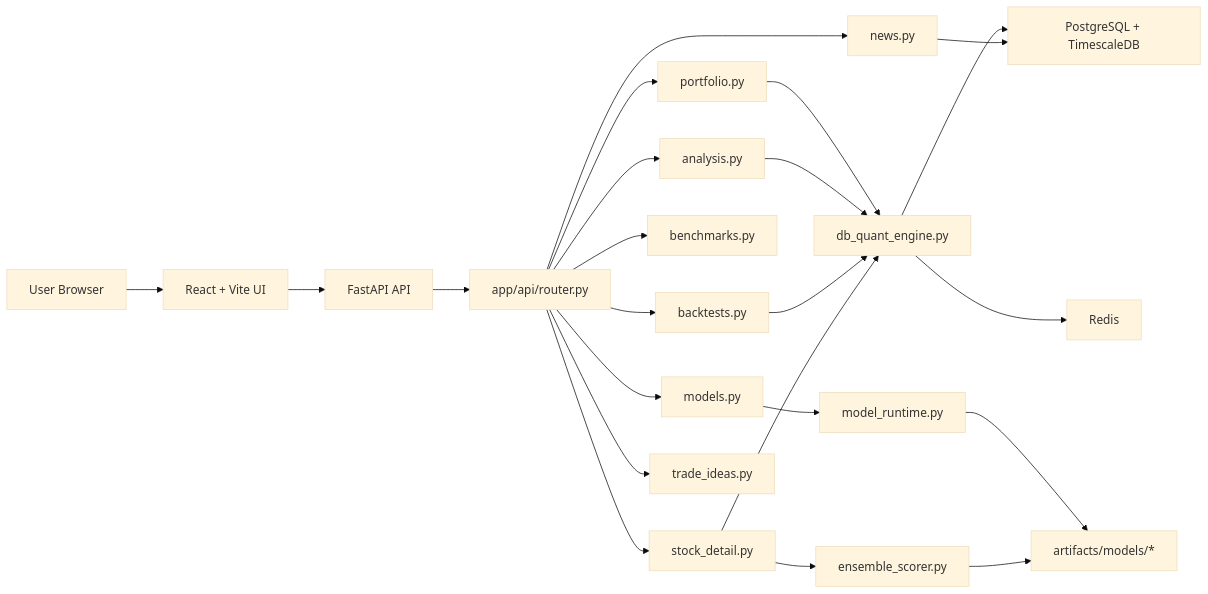
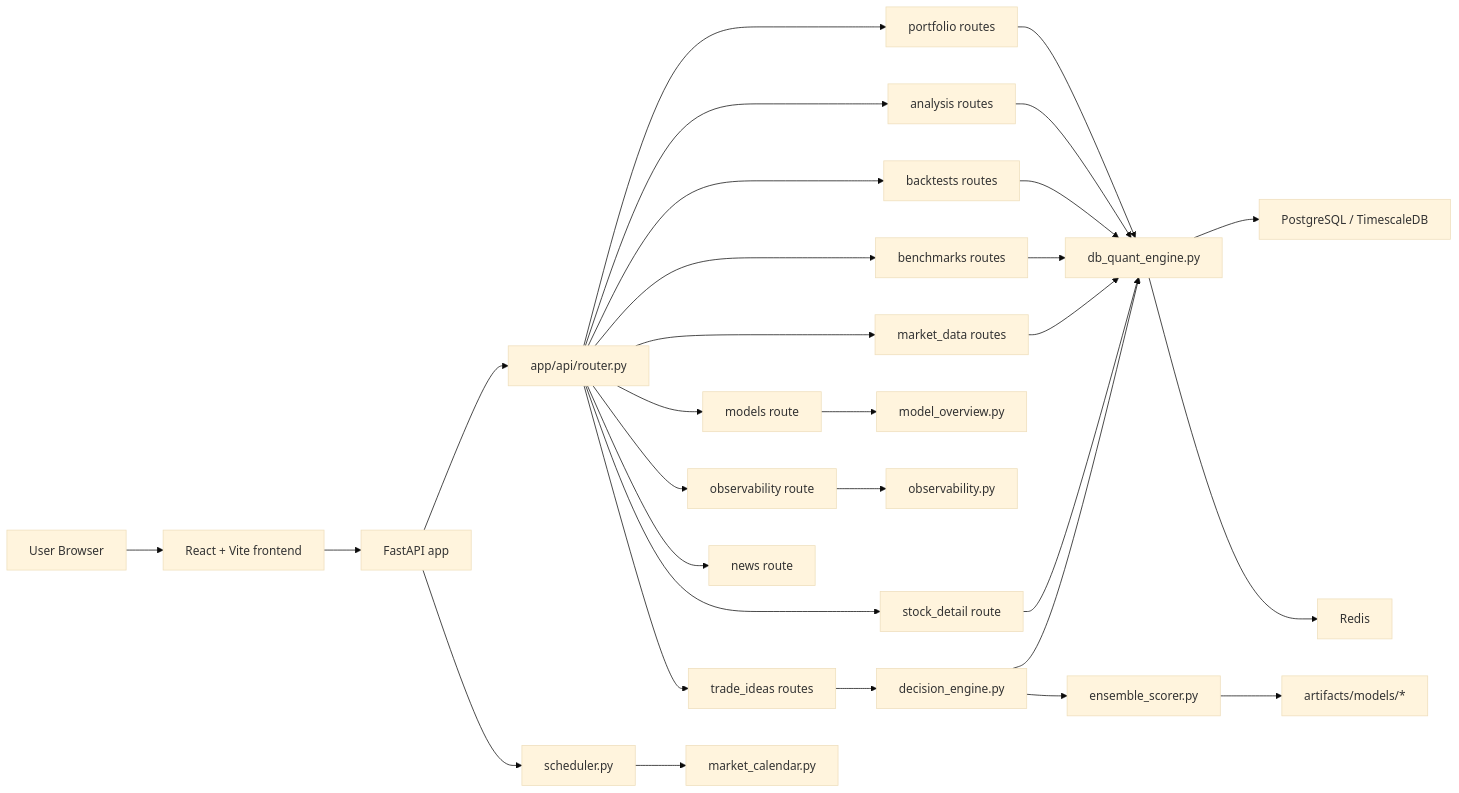
One commit to shahpruthaa/capstone changed the diagram in docs/architecture.md. Above: the diagram before and after it, drawn with Mermaid (base theme). The commit also changed other lines of this file and 3 other files, not shown here.

First line of the commit message:
Documentation and update architecture for NSE Atlas

````diff
--- a/docs/architecture.md
+++ b/docs/architecture.md
@@ -14,29 +14,37 @@
 ```mermaid
 flowchart LR
-    U["User Browser"] --> WEB["React + Vite UI"]
-    WEB --> API["FastAPI API"]
+    U["User Browser"] --> WEB["React + Vite frontend"]
+    WEB --> API["FastAPI app"]
 
     API --> ROUTER["app/api/router.py"]
-    ROUTER --> PORT["portfolio.py"]
-    ROUTER --> ANALYSIS["analysis.py"]
-    ROUTER --> BACKTESTS["backtests.py"]
-    ROUTER --> BENCH["benchmarks.py"]
-    ROUTER --> MODELS["models.py"]
-    ROUTER --> NEWS["news.py"]
-    ROUTER --> STOCK["stock_detail.py"]
-    ROUTER --> IDEAS["trade_ideas.py"]
+    ROUTER --> PORT["portfolio routes"]
+    ROUTER --> ANALYSIS["analysis routes"]
+    ROUTER --> BACKTESTS["backtests routes"]
+    ROUTER --> BENCH["benchmarks routes"]
+    ROUTER --> MARKET["market_data routes"]
+    ROUTER --> MODELS["models route"]
+    ROUTER --> OBS["observability route"]
+    ROUTER --> NEWS["news route"]
+    ROUTER --> STOCK["stock_detail route"]
+    ROUTER --> IDEAS["trade_ideas routes"]
 
     PORT --> ENGINE["db_quant_engine.py"]
     ANALYSIS --> ENGINE
     BACKTESTS --> ENGINE
+    BENCH --> ENGINE
+    MARKET --> ENGINE
     STOCK --> ENGINE
-    STOCK --> SCORER["ensemble_scorer.py"]
-    MODELS --> RUNTIME["model_runtime.py"]
+    IDEAS --> DECIDE["decision_engine.py"]
+    DECIDE --> ENGINE
+    DECIDE --> ENS["ensemble_scorer.py"]
 
-    ENGINE --> PG["PostgreSQL + TimescaleDB"]
+    MODELS --> OVERVIEW["model_overview.py"]
+    OBS --> OBS_SVC["observability.py"]
+
+    ENGINE --> PG["PostgreSQL / TimescaleDB"]
     ENGINE --> REDIS["Redis"]
-    NEWS --> PG
+    ENS --> ART["artifacts/models/*"]
 
-    RUNTIME --> ART["artifacts/models/*"]
-    SCORER --> ART
+    API --> SCHED["scheduler.py"]
+    SCHED --> MARKET_CAL["market_calendar.py"]
 ```
````
